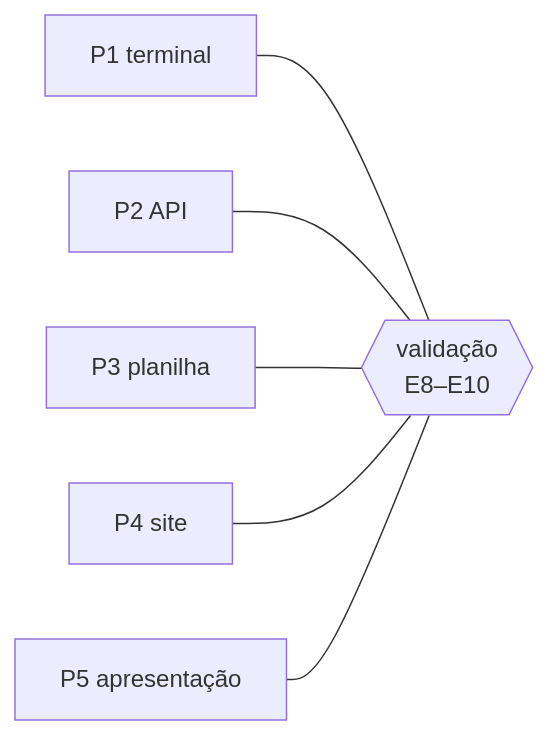
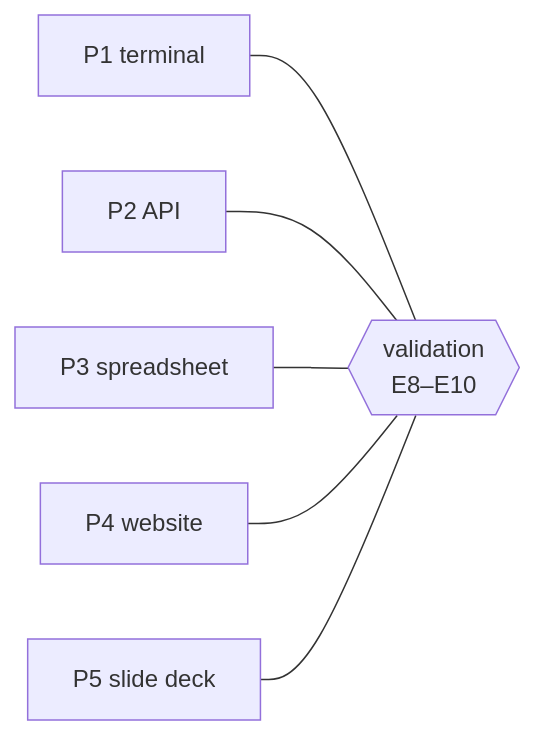
Before and after one commit to enzoconsulo/factory-tcc: the diagram in docs/tasks/en/E1-planning-and-architecture/FAB-105-define-the-five-test-projects.md, drawn with Mermaid. The commit also changed other lines of this file and 52 other files, not shown here.

````diff
--- a/docs/tasks/en/E1-planning-and-architecture/FAB-105-define-the-five-test-projects.md
+++ b/docs/tasks/en/E1-planning-and-architecture/FAB-105-define-the-five-test-projects.md
@@ -11,8 +11,8 @@
 ```mermaid
 flowchart LR
-  P1["P1 terminal"] --- V{{"validação<br/>E8–E10"}}
+  P1["P1 terminal"] --- V{{"validation<br/>E8–E10"}}
   P2["P2 API"] --- V
-  P3["P3 planilha"] --- V
-  P4["P4 site"] --- V
-  P5["P5 apresentação"] --- V
+  P3["P3 spreadsheet"] --- V
+  P4["P4 website"] --- V
+  P5["P5 slide deck"] --- V
 ```
````
